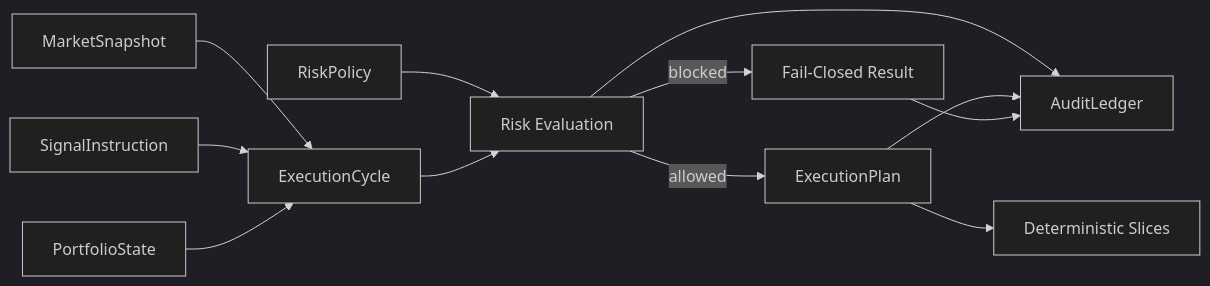
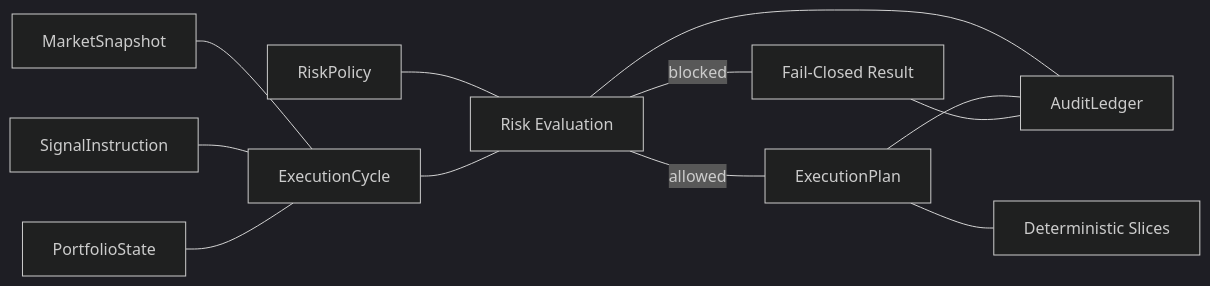
Before and after one commit to Stefan-Len/qde-systems-infrastructure: the diagram in README.md, drawn with Mermaid (dark theme).

````diff
--- a/README.md
+++ b/README.md
@@ -22,14 +22,14 @@
 ```mermaid
 flowchart LR
-    A["MarketSnapshot"] --> C["ExecutionCycle"]
-    B["SignalInstruction"] --> C
-    D["PortfolioState"] --> C
-    E["RiskPolicy"] --> F["Risk Evaluation"]
-    C --> F
-    F -->|blocked| G["Fail-Closed Result"]
-    F -->|allowed| H["ExecutionPlan"]
-    H --> I["Deterministic Slices"]
-    F --> J["AuditLedger"]
-    H --> J
-    G --> J
+    A["MarketSnapshot"] --- C["ExecutionCycle"]
+    B["SignalInstruction"] --- C
+    D["PortfolioState"] --- C
+    E["RiskPolicy"] --- F["Risk Evaluation"]
+    C --- F
+    F ---|blocked| G["Fail-Closed Result"]
+    F ---|allowed| H["ExecutionPlan"]
+    H --- I["Deterministic Slices"]
+    F --- J["AuditLedger"]
+    H --- J
+    G --- J
 ```
````
